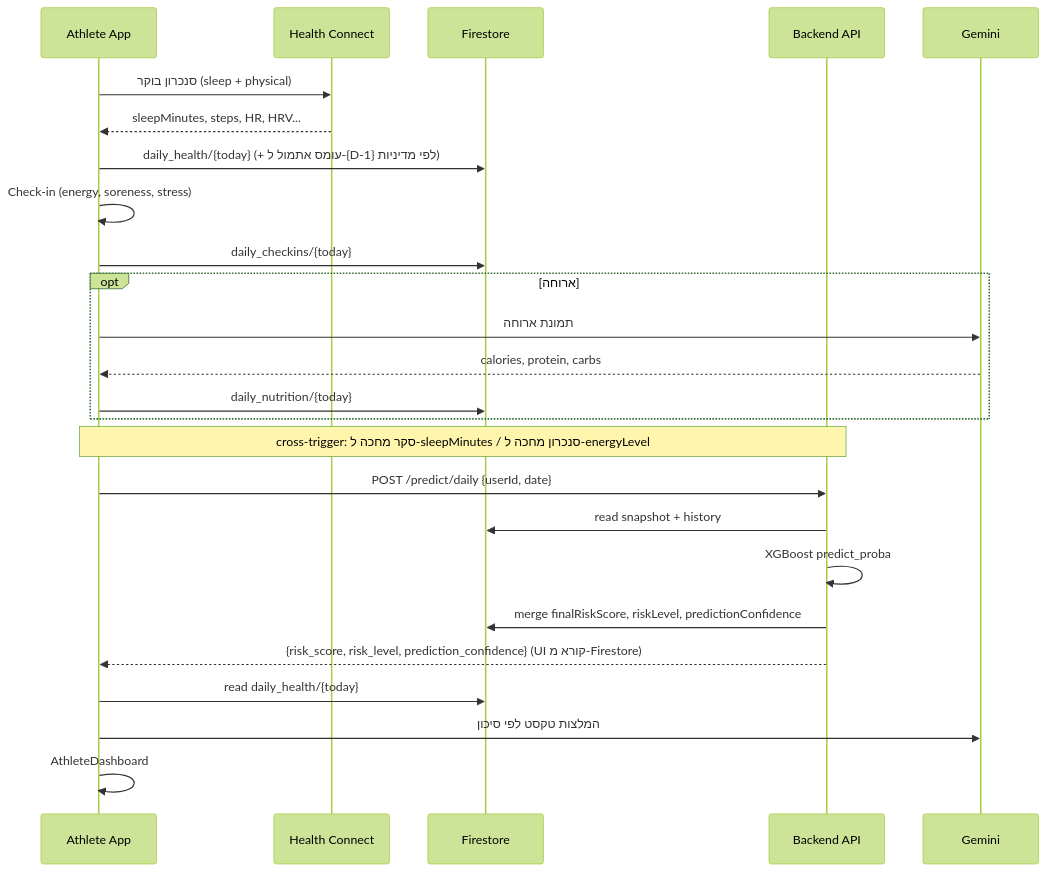
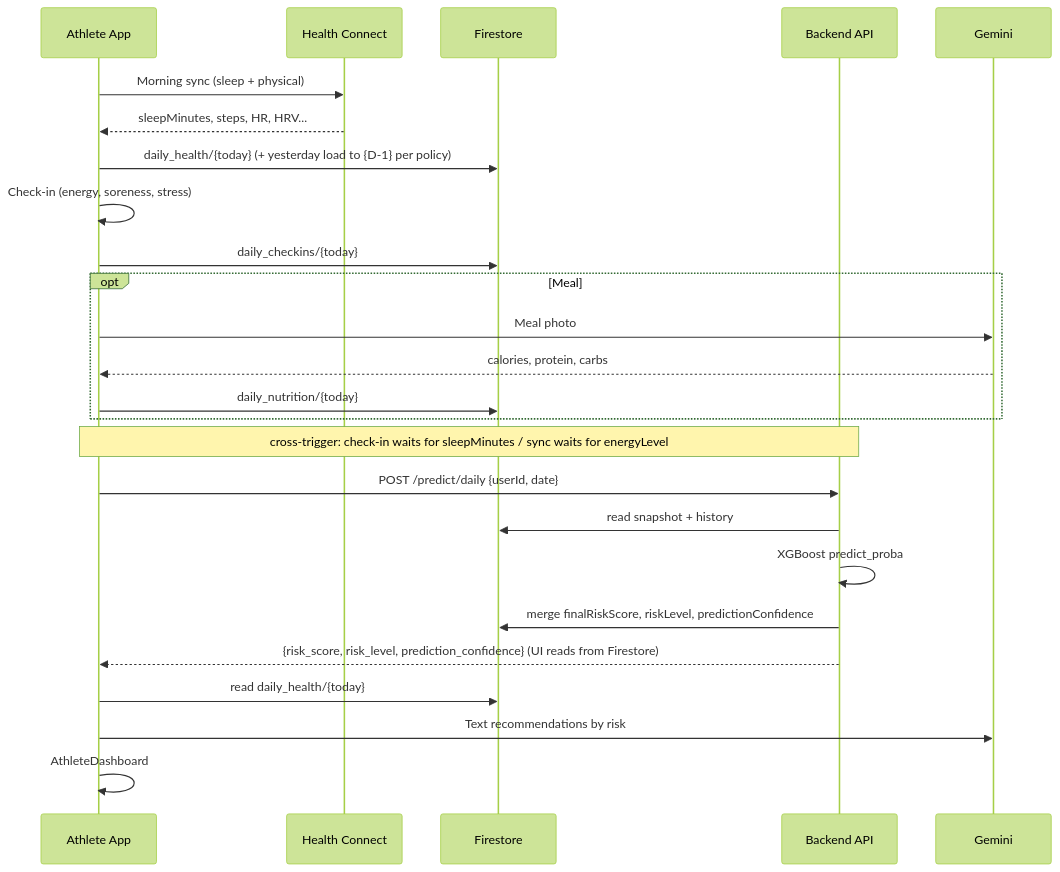
Before and after one commit to yahav97/final_project_AthleAgent: the third of 5 diagrams in docs/HLD_PROJECT.md, drawn with Mermaid (forest theme). The commit also changed other lines of this file and 4 other files, not shown here.

````diff
--- a/docs/HLD_PROJECT.md
+++ b/docs/HLD_PROJECT.md
@@ -140,32 +145,32 @@
 ```mermaid
 sequenceDiagram
     participant A as Athlete App
     participant HC as Health Connect
     participant FS as Firestore
     participant BE as Backend API
     participant G as Gemini
 
-    A->>HC: סנכרון בוקר (sleep + physical)
+    A->>HC: Morning sync (sleep + physical)
     HC-->>A: sleepMinutes, steps, HR, HRV...
-    A->>FS: daily_health/{today} (+ עומס אתמול ל-{D-1} לפי מדיניות)
+    A->>FS: daily_health/{today} (+ yesterday load to {D-1} per policy)
 
     A->>A: Check-in (energy, soreness, stress)
     A->>FS: daily_checkins/{today}
 
-    opt ארוחה
-        A->>G: תמונת ארוחה
+    opt Meal
+        A->>G: Meal photo
         G-->>A: calories, protein, carbs
         A->>FS: daily_nutrition/{today}
     end
 
-    Note over A,BE: cross-trigger: סקר מחכה ל-sleepMinutes / סנכרון מחכה ל-energyLevel
+    Note over A,BE: cross-trigger: check-in waits for sleepMinutes / sync waits for energyLevel
     A->>BE: POST /predict/daily {userId, date}
     BE->>FS: read snapshot + history
     BE->>BE: XGBoost predict_proba
     BE->>FS: merge finalRiskScore, riskLevel, predictionConfidence
-    BE-->>A: {risk_score, risk_level, prediction_confidence} (UI קורא מ-Firestore)
+    BE-->>A: {risk_score, risk_level, prediction_confidence} (UI reads from Firestore)
 
     A->>FS: read daily_health/{today}
-    A->>G: המלצות טקסט לפי סיכון
+    A->>G: Text recommendations by risk
     A->>A: AthleteDashboard
 ```
````
